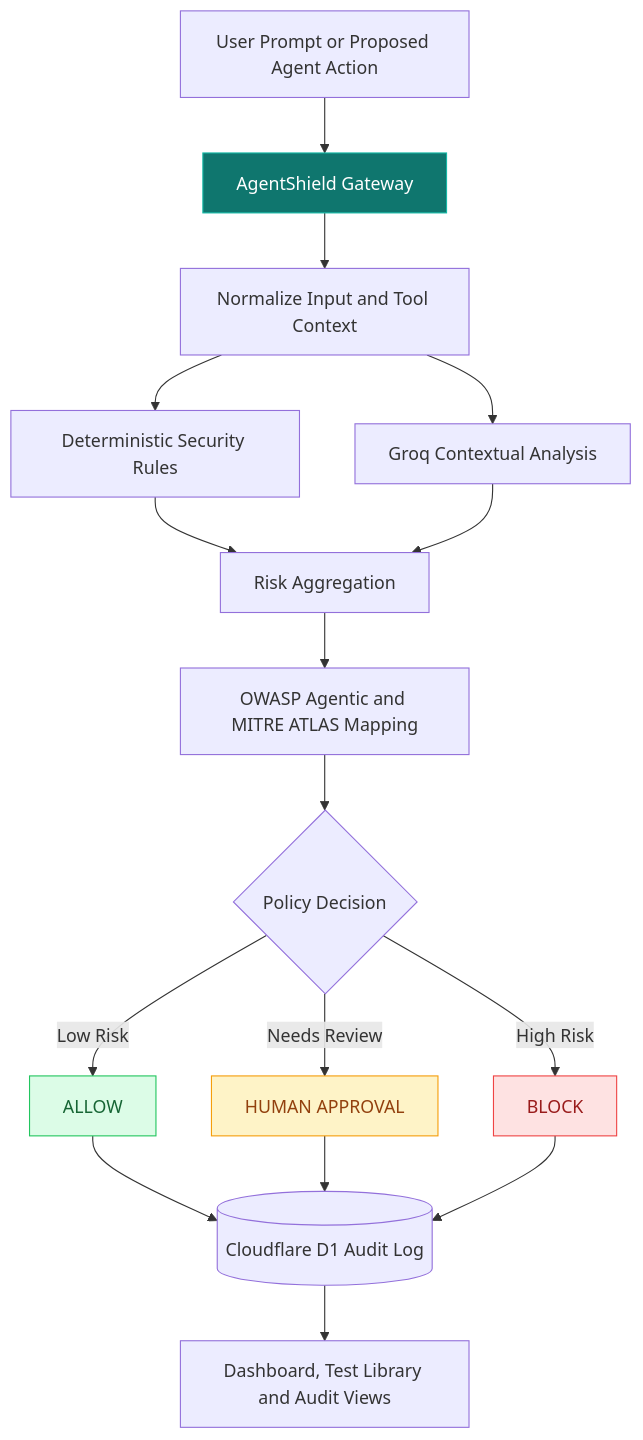
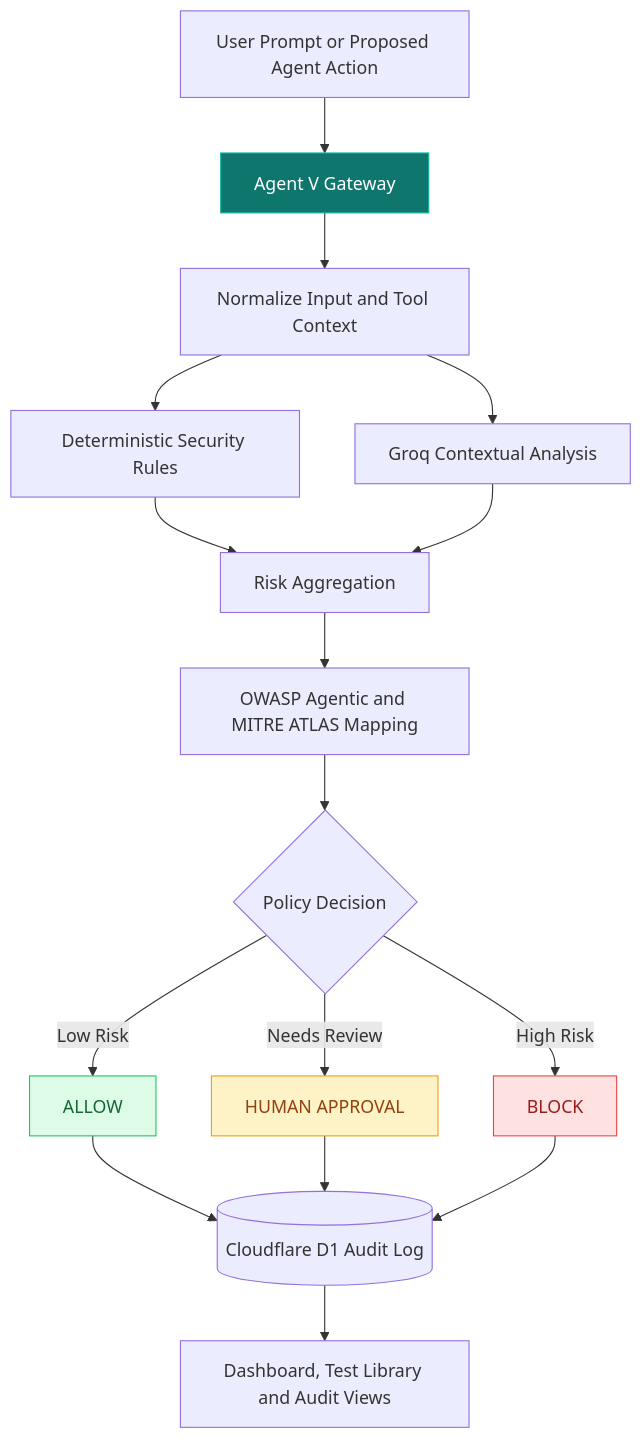
Before and after one commit to vasanth-void-0x/AgentShield---AI-Gateway: the diagram in README.md, drawn with Mermaid. The commit also changed other lines of this file, not shown here.

Commit message:
docs: rename AgentShield to Agent V

````diff
--- a/README.md
+++ b/README.md
@@ -74,27 +74,27 @@
 ```mermaid
 flowchart TD
-    A[User Prompt or Proposed Agent Action] --> B[AgentShield Gateway]
+    A[User Prompt or Proposed Agent Action] --> B[Agent V Gateway]
     B --> C[Normalize Input and Tool Context]
     C --> D[Deterministic Security Rules]
     C --> E[Groq Contextual Analysis]
     D --> F[Risk Aggregation]
     E --> F
     F --> G[OWASP Agentic and MITRE ATLAS Mapping]
     G --> H{Policy Decision}
     H -->|Low Risk| I[ALLOW]
     H -->|Needs Review| J[HUMAN APPROVAL]
     H -->|High Risk| K[BLOCK]
     I --> L[(Cloudflare D1 Audit Log)]
     J --> L
     K --> L
     L --> M[Dashboard, Test Library and Audit Views]
 
     classDef gateway fill:#0f766e,color:#ffffff,stroke:#14b8a6;
     classDef allow fill:#dcfce7,color:#166534,stroke:#22c55e;
     classDef review fill:#fef3c7,color:#92400e,stroke:#f59e0b;
     classDef block fill:#fee2e2,color:#991b1b,stroke:#ef4444;
     class B gateway;
     class I allow;
     class J review;
     class K block;
 ```
````
